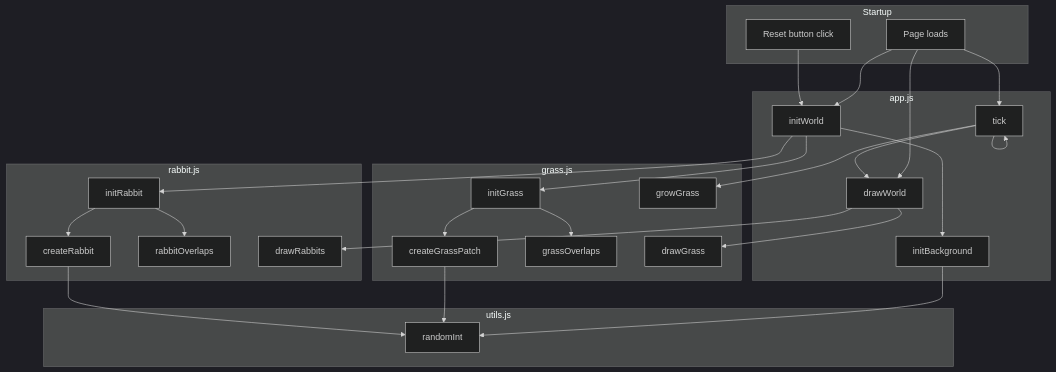
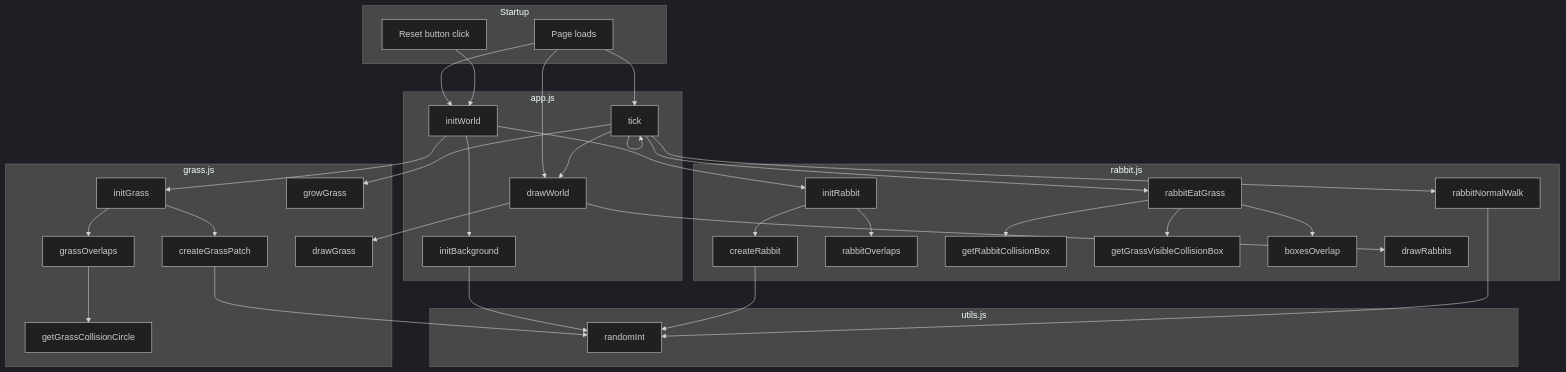
Before and after one commit to Nomiz1/school-project-ecosystem: the diagram in README.md, drawn with Mermaid (dark theme). The commit also changed other lines of this file and 6 other files, not shown here.

````diff
--- a/README.md
+++ b/README.md
@@ -48,59 +48,72 @@
 ```mermaid
 flowchart TD
 	subgraph Startup
 		Start[Page loads]
 		Reset[Reset button click]
 	end
 
 	subgraph app_js[app.js]
 		initWorld[initWorld]
 		initBackground[initBackground]
 		drawWorld[drawWorld]
 		tick[tick]
 	end
 
 	subgraph grass_js[grass.js]
 		initGrass[initGrass]
 		createGrassPatch[createGrassPatch]
 		grassOverlaps[grassOverlaps]
+		getGrassCollisionCircle[getGrassCollisionCircle]
 		growGrass[growGrass]
 		drawGrass[drawGrass]
 	end
 
 	subgraph rabbit_js[rabbit.js]
 		initRabbit[initRabbit]
 		createRabbit[createRabbit]
 		rabbitOverlaps[rabbitOverlaps]
+		rabbitNormalWalk[rabbitNormalWalk]
+		rabbitEatGrass[rabbitEatGrass]
+		getRabbitCollisionBox[getRabbitCollisionBox]
+		getGrassVisibleCollisionBox[getGrassVisibleCollisionBox]
+		boxesOverlap[boxesOverlap]
 		drawRabbits[drawRabbits]
 	end
 
 	subgraph utils_js[utils.js]
 		randomInt[randomInt]
 	end
 
 	Start --> initWorld
 	Start --> drawWorld
 	Start --> tick
 	Reset --> initWorld
 
 	initWorld --> initGrass
 	initWorld --> initBackground
 	initWorld --> initRabbit
 
 	initBackground --> randomInt
 
 	drawWorld --> drawGrass
 	drawWorld --> drawRabbits
 
+	tick --> rabbitNormalWalk
+	tick --> rabbitEatGrass
 	tick --> growGrass
 	tick --> drawWorld
 	tick --> tick
 
 	initGrass --> createGrassPatch
 	initGrass --> grassOverlaps
 	createGrassPatch --> randomInt
+	grassOverlaps --> getGrassCollisionCircle
 
 	initRabbit --> createRabbit
 	initRabbit --> rabbitOverlaps
 	createRabbit --> randomInt
+	rabbitNormalWalk --> randomInt
+	rabbitEatGrass --> getRabbitCollisionBox
+	rabbitEatGrass --> getGrassVisibleCollisionBox
+	rabbitEatGrass --> boxesOverlap
 ```
````
